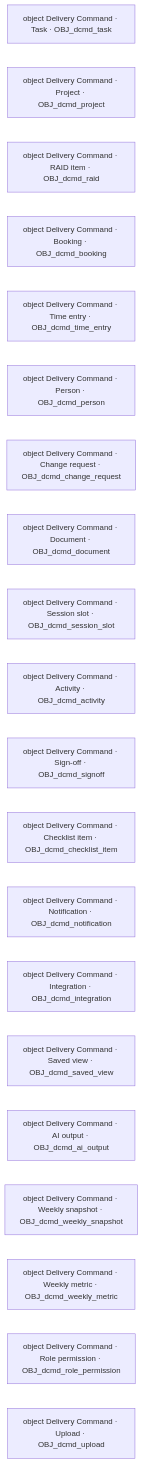
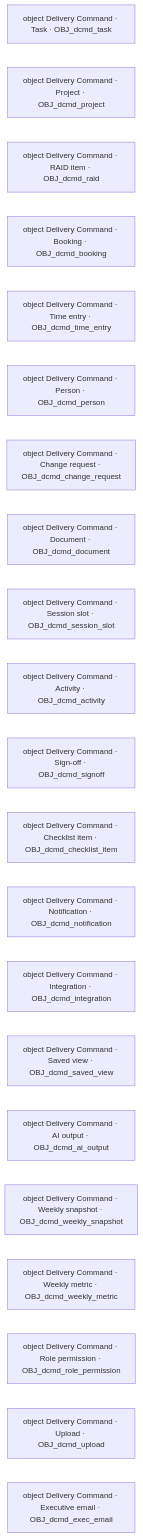
The diagram in clickup/clickup-delivery-command-platform/.nebula/solution-chart.md (gouravUnifyapps/all-demo-foders), drawn with Mermaid before and after one commit. The commit also changed 14 other files, not shown here.

Commit message:
clickup/clickup-delivery-command-platform: after session 382b1b0f-8b04-5591-805d-15b67bc592e7 (POC POC-clickup-delivery-command-platform-20261023)

````diff
--- a/clickup/clickup-delivery-command-platform/.nebula/solution-chart.md
+++ b/clickup/clickup-delivery-command-platform/.nebula/solution-chart.md
@@ -3,23 +3,24 @@
 ```mermaid
 flowchart LR
   n1["object Delivery Command · Task · OBJ_dcmd_task"]
   n2["object Delivery Command · Project · OBJ_dcmd_project"]
   n3["object Delivery Command · RAID item · OBJ_dcmd_raid"]
   n4["object Delivery Command · Booking · OBJ_dcmd_booking"]
   n5["object Delivery Command · Time entry · OBJ_dcmd_time_entry"]
   n6["object Delivery Command · Person · OBJ_dcmd_person"]
   n7["object Delivery Command · Change request · OBJ_dcmd_change_request"]
   n8["object Delivery Command · Document · OBJ_dcmd_document"]
   n9["object Delivery Command · Session slot · OBJ_dcmd_session_slot"]
   n10["object Delivery Command · Activity · OBJ_dcmd_activity"]
   n11["object Delivery Command · Sign-off · OBJ_dcmd_signoff"]
   n12["object Delivery Command · Checklist item · OBJ_dcmd_checklist_item"]
   n13["object Delivery Command · Notification · OBJ_dcmd_notification"]
   n14["object Delivery Command · Integration · OBJ_dcmd_integration"]
   n15["object Delivery Command · Saved view · OBJ_dcmd_saved_view"]
   n16["object Delivery Command · AI output · OBJ_dcmd_ai_output"]
   n17["object Delivery Command · Weekly snapshot · OBJ_dcmd_weekly_snapshot"]
   n18["object Delivery Command · Weekly metric · OBJ_dcmd_weekly_metric"]
   n19["object Delivery Command · Role permission · OBJ_dcmd_role_permission"]
   n20["object Delivery Command · Upload · OBJ_dcmd_upload"]
+  n21["object Delivery Command · Executive email · OBJ_dcmd_exec_email"]
 ```
````
